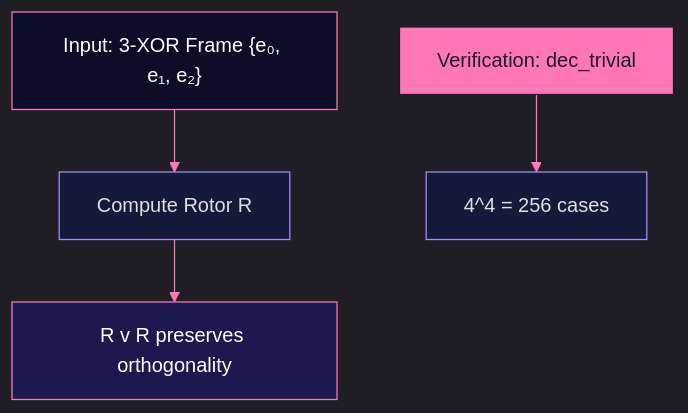
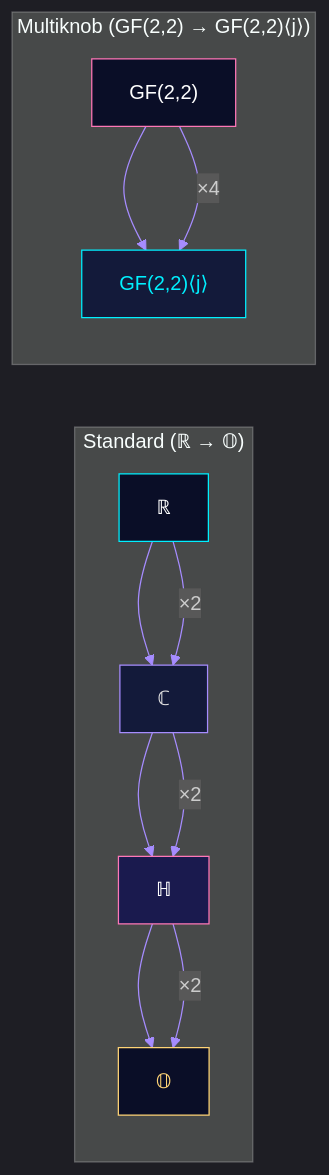
Diagram 14 of 21 in README.md (jesusvilela/lambda-sat-solver), drawn with Mermaid before and after one commit. The commit also changed other lines of this file, not shown here.

First line of the commit message:
docs: add GF(GF(2,2), GF(2,2)) multiknob section to README

````diff
--- a/README.md
+++ b/README.md
@@ -622,13 +717,23 @@
 ```mermaid
-%%{init: {'theme': 'dark', 'themeVariables': {'primaryColor': '#ff77b7', 'primaryTextColor': '#e0e0e0', 'primaryBorderColor': '#ff77b7', 'lineColor': '#ff77b7'}}}%%
-graph TD
-    A["Input: 3-XOR Frame {e₀, e₁, e₂}"] --> B["Compute Rotor R"]
-    B --> C["R v R preserves orthogonality"]
-    D["Verification: dec_trivial"] --> E["4^4 = 256 cases"]
+%%{init: {'theme': 'dark', 'themeVariables': {'primaryColor': '#ff77b7', 'primaryTextColor': '#e0e0e0', 'primaryBorderColor': '#ffd475', 'lineColor': '#a68cff'}}}%%
+flowchart LR
+    subgraph "Standard (ℝ → 𝕆)"
+        R["ℝ"] --> C["ℂ"] --> H["ℍ"] --> O["𝕆"]
+    end
 
-    style A fill:#0a0e27,stroke:#ff77b7,color:#fff
-    style B fill:#131a3a,stroke:#a68cff,color:#e0e0e0
-    style C fill:#1a1a4e,stroke:#ff77b7,color:#fff
-    style D fill:#ff77b7,stroke:#1a1a2e,color:#1a1a2e
-    style E fill:#131a3a,stroke:#a68cff,color:#e0e0e0
+    subgraph "Multiknob (GF(2,2) → GF(2,2)⟨j⟩)"
+        G["GF(2,2)"] --> M["GF(2,2)⟨j⟩"]
+    end
+
+    R -->|×2| C
+    C -->|×2| H
+    H -->|×2| O
+    G -->|×4| M
+
+    style R fill:#0a0e27,stroke:#00f0ff,color:#fff
+    style C fill:#131a3a,stroke:#a68cff,color:#e0e0e0
+    style H fill:#1a1a4e,stroke:#ff77b7,color:#fff
+    style O fill:#0a0e27,stroke:#ffd475,color:#ffd475
+    style G fill:#0a0e27,stroke:#ff77b7,color:#fff
+    style M fill:#131a3a,stroke:#00f0ff,color:#00f0ff
 ```
````
